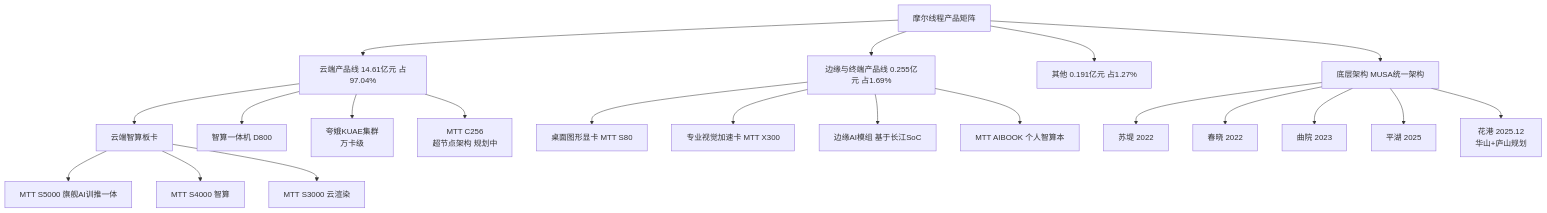
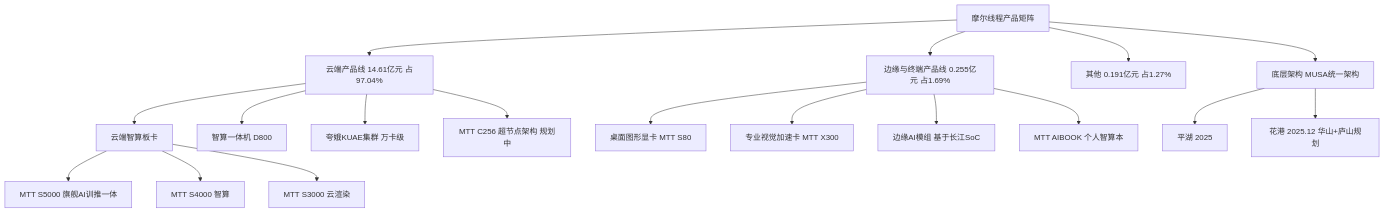
One commit to dadachundan/financial_agent changed the second of 4 diagrams in reports/company/MooreThreads_摩尔线程_SSE688795/MooreThreads_摩尔线程_SSE688795_公司研究.md. Above: the diagram before and after it, drawn with Mermaid. The commit also changed other lines of this file and 8 other files, not shown here.

First line of the commit message:
feat(company-research): refresh Moore Threads (SSE:688795) — decision layer + full SVG chart suite

````diff
--- a/reports/company/MooreThreads_摩尔线程_SSE688795/MooreThreads_摩尔线程_SSE688795_公司研究.md
+++ b/reports/company/MooreThreads_摩尔线程_SSE688795/MooreThreads_摩尔线程_SSE688795_公司研究.md
@@ -182,26 +455,20 @@
 ```mermaid
 graph TD
     A[摩尔线程产品矩阵] --> B[云端产品线 14.61亿元 占97.04%]
     A --> C[边缘与终端产品线 0.255亿元 占1.69%]
     A --> D[其他 0.191亿元 占1.27%]
-
     B --> B1[云端智算板卡]
     B1 --> B11[MTT S5000 旗舰AI训推一体]
     B1 --> B12[MTT S4000 智算]
     B1 --> B13[MTT S3000 云渲染]
     B --> B2[智算一体机 D800]
-    B --> B3[夸娥KUAE集群<br/>万卡级]
-    B --> B4[MTT C256<br/>超节点架构 规划中]
-
+    B --> B3[夸娥KUAE集群 万卡级]
+    B --> B4[MTT C256 超节点架构 规划中]
     C --> C1[桌面图形显卡 MTT S80]
     C --> C2[专业视觉加速卡 MTT X300]
     C --> C3[边缘AI模组 基于长江SoC]
     C --> C4[MTT AIBOOK 个人智算本]
-
     A --> E[底层架构 MUSA统一架构]
-    E --> E1[苏堤 2022]
-    E --> E2[春晓 2022]
-    E --> E3[曲院 2023]
     E --> E4[平湖 2025]
-    E --> E5[花港 2025.12<br/>华山+庐山规划]
+    E --> E5[花港 2025.12 华山+庐山规划]
 ```
````
